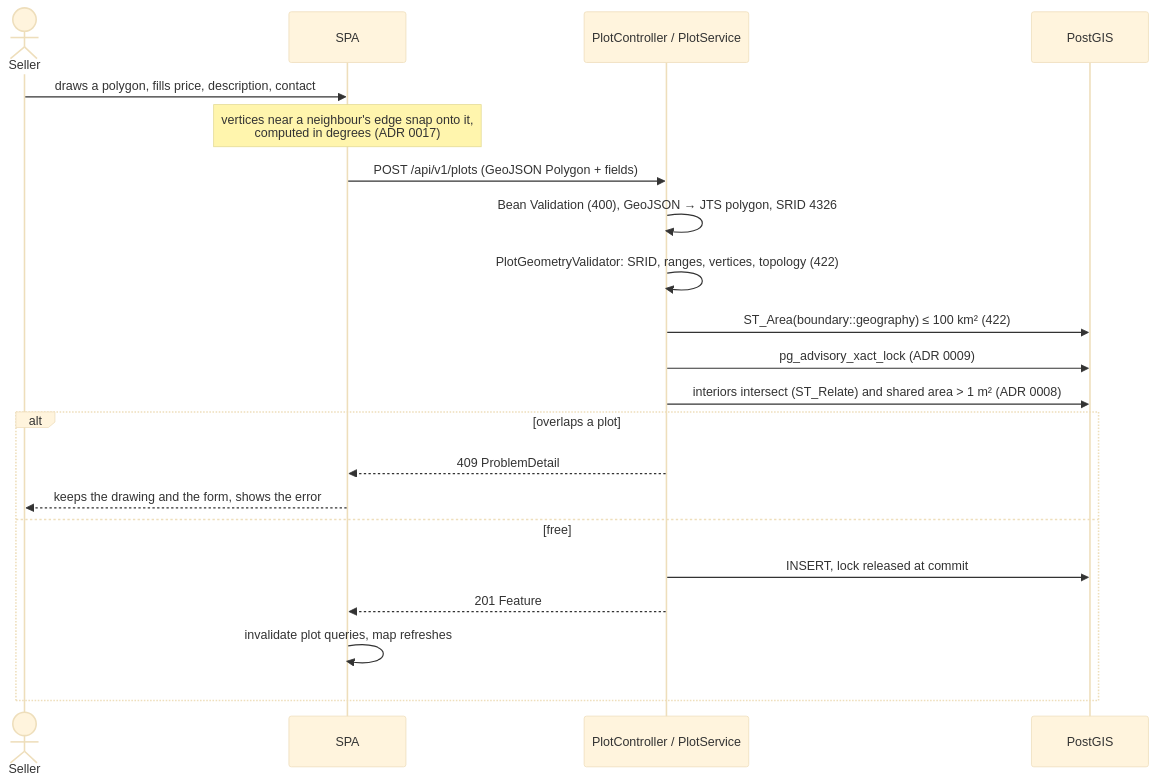
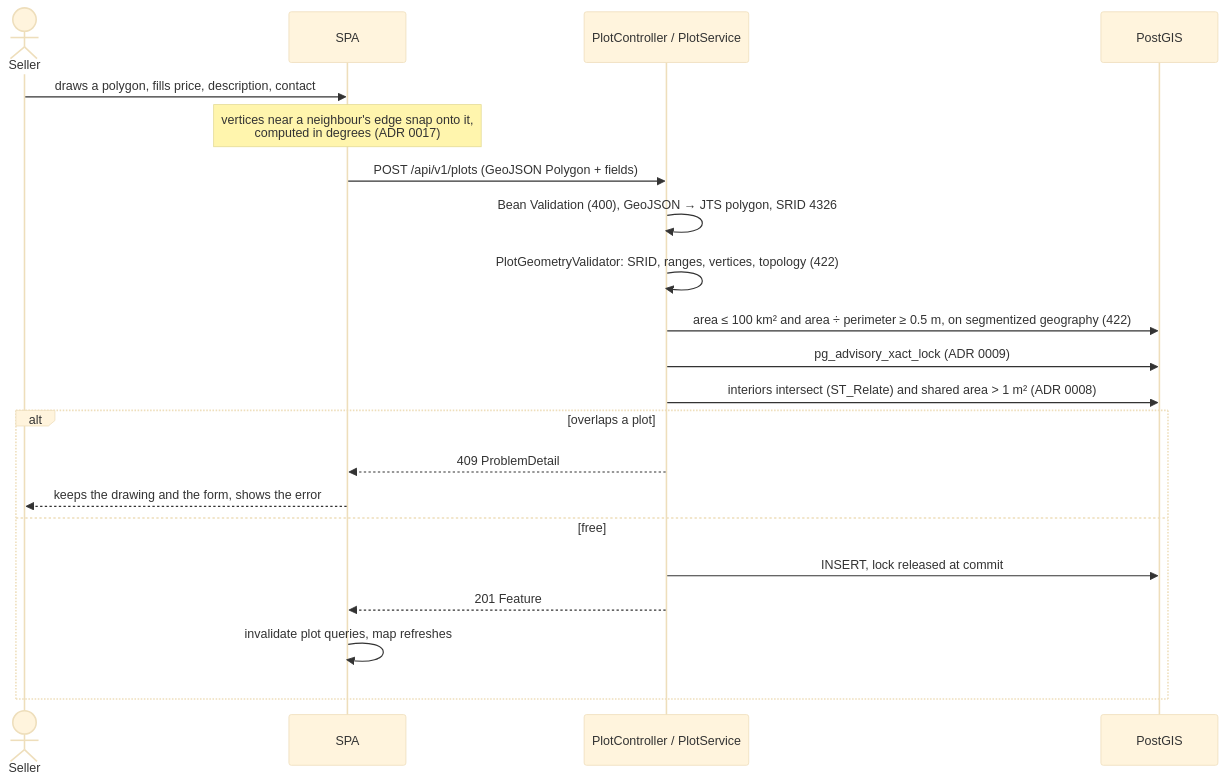
The sixth of 10 diagrams in docs/architecture.md (ctrindadedev/lotline), drawn with Mermaid (base theme) before and after one commit. The commit also changed other lines of this file and 10 other files, not shown here.

Commit message:
fix: reject plots thinner than about 2 m, measured on segmentized geography (#92)

````diff
--- a/docs/architecture.md
+++ b/docs/architecture.md
@@ -227,24 +227,24 @@
 ```mermaid
 sequenceDiagram
     actor Seller
     participant SPA
     participant API as PlotController / PlotService
     participant DB as PostGIS
 
     Seller->>SPA: draws a polygon, fills price, description, contact
     Note over SPA: vertices near a neighbour's edge snap onto it,<br/>computed in degrees (ADR 0017)
     SPA->>API: POST /api/v1/plots (GeoJSON Polygon + fields)
     API->>API: Bean Validation (400), GeoJSON → JTS polygon, SRID 4326
     API->>API: PlotGeometryValidator: SRID, ranges, vertices, topology (422)
-    API->>DB: ST_Area(boundary::geography) ≤ 100 km² (422)
+    API->>DB: area ≤ 100 km² and area ÷ perimeter ≥ 0.5 m, on segmentized geography (422)
     API->>DB: pg_advisory_xact_lock (ADR 0009)
     API->>DB: interiors intersect (ST_Relate) and shared area > 1 m² (ADR 0008)
     alt overlaps a plot
         API-->>SPA: 409 ProblemDetail
         SPA-->>Seller: keeps the drawing and the form, shows the error
     else free
         API->>DB: INSERT, lock released at commit
         API-->>SPA: 201 Feature
         SPA->>SPA: invalidate plot queries, map refreshes
     end
 ```
````
